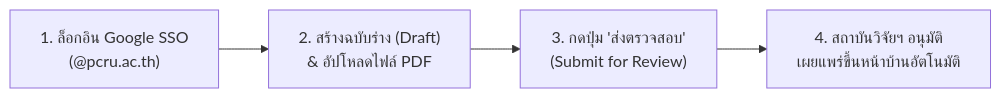
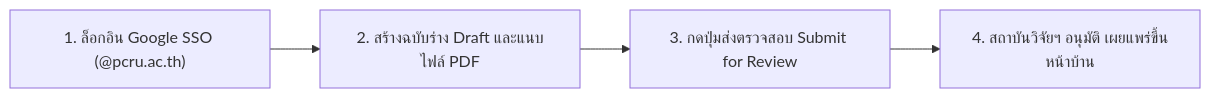
One commit to omaga03/RDBLaravel changed the diagram in docs/manuals/RESEARCHER_QUICK_START_CHEATSHEET.md. Above: the diagram before and after it, drawn with Mermaid. The commit also changed 377 other files, not shown here.

````diff
--- a/docs/manuals/RESEARCHER_QUICK_START_CHEATSHEET.md
+++ b/docs/manuals/RESEARCHER_QUICK_START_CHEATSHEET.md
@@ -8,6 +8,6 @@
 ```mermaid
 flowchart LR
-    S1["1. ล็อกอิน Google SSO\n(@pcru.ac.th)"] --> S2["2. สร้างฉบับร่าง (Draft)\n& อัปโหลดไฟล์ PDF"]
-    S2 --> S3["3. กดปุ่ม 'ส่งตรวจสอบ'\n(Submit for Review)"]
-    S3 --> S4["4. สถาบันวิจัยฯ อนุมัติ\nเผยแพร่ขึ้นหน้าบ้านอัตโนมัติ"]
+    S1["1. ล็อกอิน Google SSO (@pcru.ac.th)"] --> S2["2. สร้างฉบับร่าง Draft และแนบไฟล์ PDF"]
+    S2 --> S3["3. กดปุ่มส่งตรวจสอบ Submit for Review"]
+    S3 --> S4["4. สถาบันวิจัยฯ อนุมัติ เผยแพร่ขึ้นหน้าบ้าน"]
 ```
````
